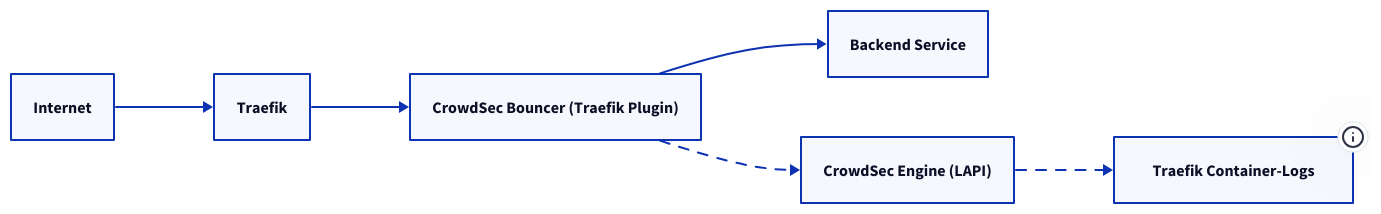
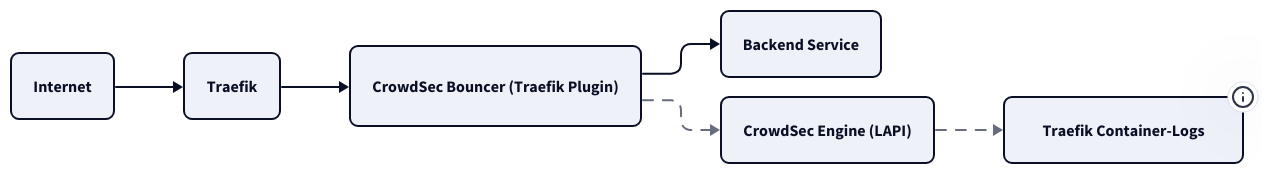
One commit to derever-labs/homelab-wiki changed the diagram in docs/crowdsec/index.md. Above: the diagram before and after it, drawn with D2. The commit also changed other lines of this file and 109 other files, not shown here.

````diff
--- a/docs/crowdsec/index.md
+++ b/docs/crowdsec/index.md
@@ -24,16 +23,26 @@
 ```d2
+vars: {
+  d2-config: {
+    theme-id: 1
+    layout-engine: elk
+  }
+}
 direction: right
 
-Internet: Internet
-Traefik: Traefik
-Plugin: CrowdSec Bouncer (Traefik Plugin)
-Backend: Backend Service
-Engine: CrowdSec Engine (LAPI)
-Logs: Traefik Container-Logs { tooltip: "Docker-Socket Source (stdout des Traefik-Containers)" }
+classes: {
+  node: { style.border-radius: 8 }
+}
+
+Internet: Internet { class: node }
+Traefik: Traefik { class: node }
+Plugin: CrowdSec Bouncer (Traefik Plugin) { class: node }
+Backend: Backend Service { class: node }
+Engine: CrowdSec Engine (LAPI) { class: node }
+Logs: Traefik Container-Logs { class: node; tooltip: "Docker-Socket Source (stdout des Traefik-Containers)" }
 
 Internet -> Traefik
 Traefik -> Plugin
 Plugin -> Backend
 Plugin -> Engine: { style.stroke-dash: 5 }
 Engine -> Logs: { style.stroke-dash: 5 }
 ```
````
